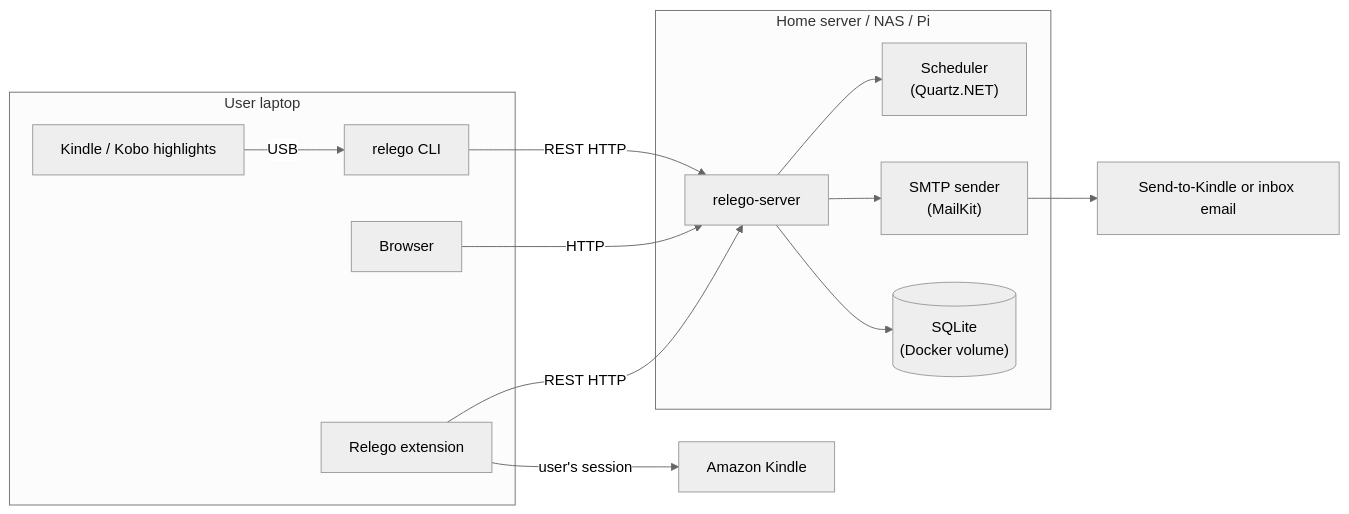
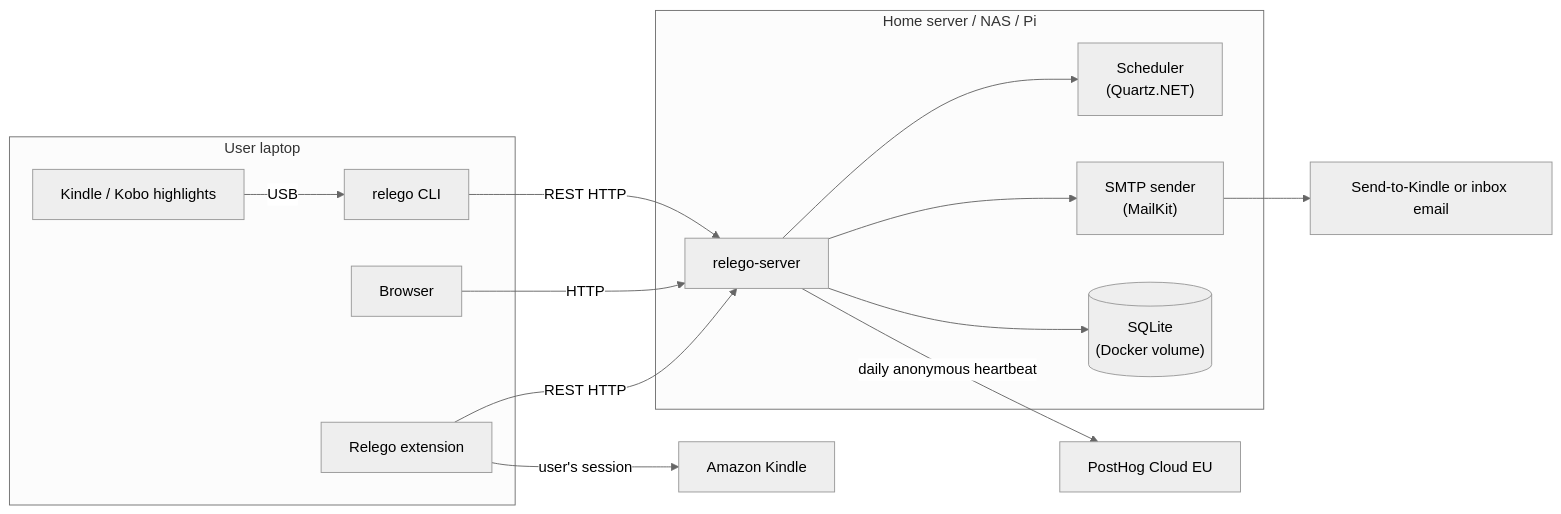
One commit to krusty93/relego changed the diagram in docs/ARCHITECTURE.md. Above: the diagram before and after it, drawn with Mermaid (neutral theme). The commit also changed other lines of this file and 4 other files, not shown here.

````diff
--- a/docs/ARCHITECTURE.md
+++ b/docs/ARCHITECTURE.md
@@ -13,26 +13,27 @@
 ```mermaid
 flowchart LR
     subgraph laptop["User laptop"]
         cli["relego CLI"]
         sources["Kindle / Kobo highlights"]
         browser["Browser"]
         ext["Relego extension"]
     end
 
     subgraph server["Home server / NAS / Pi"]
         app["relego-server"]
         scheduler["Scheduler<br/>(Quartz.NET)"]
         smtp["SMTP sender<br/>(MailKit)"]
         database[("SQLite<br/>(Docker volume)")]
     end
 
     sources -->|USB| cli
     cli -->|REST HTTP| app
     browser -->|HTTP| app
     ext -->|REST HTTP| app
     ext -->|user's session| amazon["Amazon Kindle"]
     app --> scheduler
     app --> smtp
     app --> database
     smtp --> delivery["Send-to-Kindle or inbox email"]
+    app -->|daily anonymous heartbeat| posthog["PostHog Cloud EU"]
 ```
````
